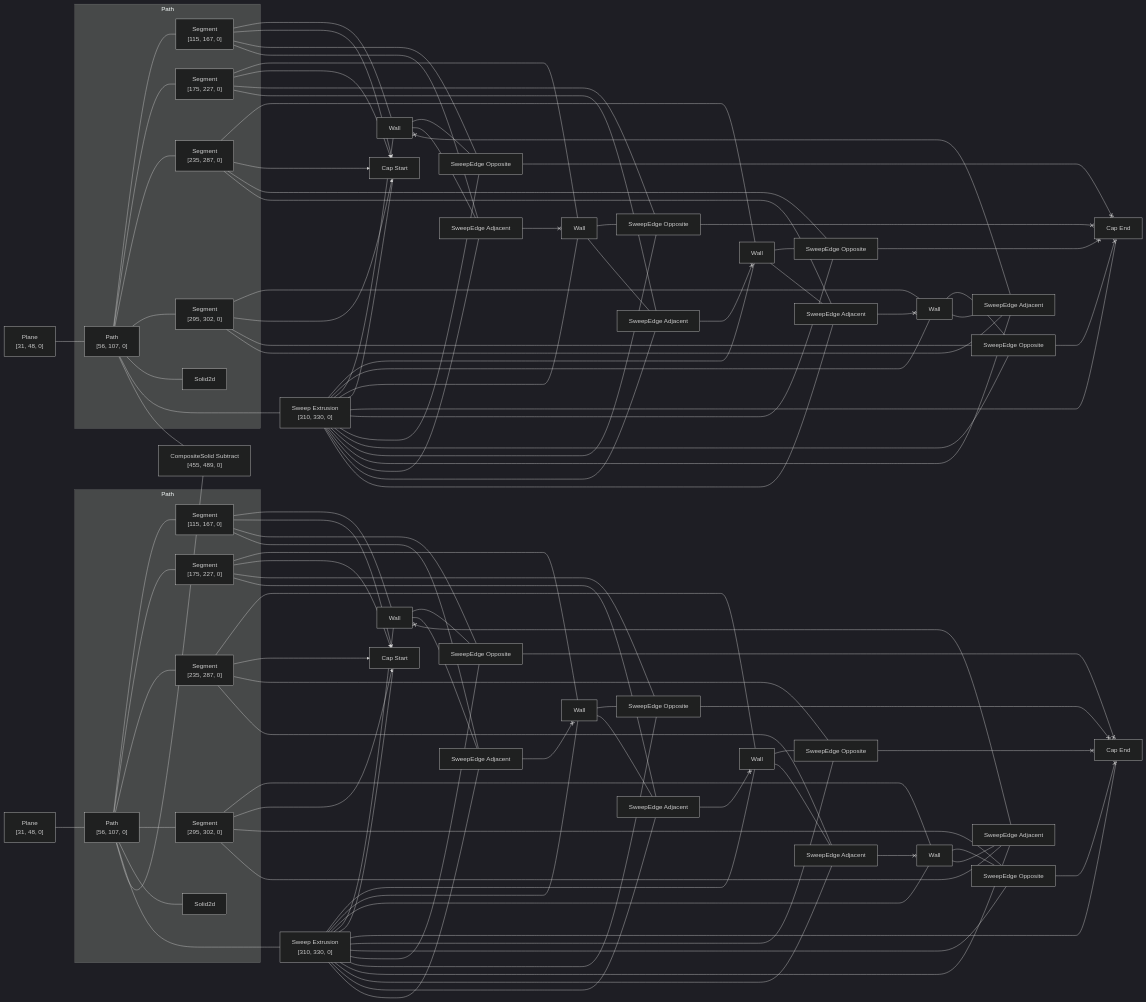
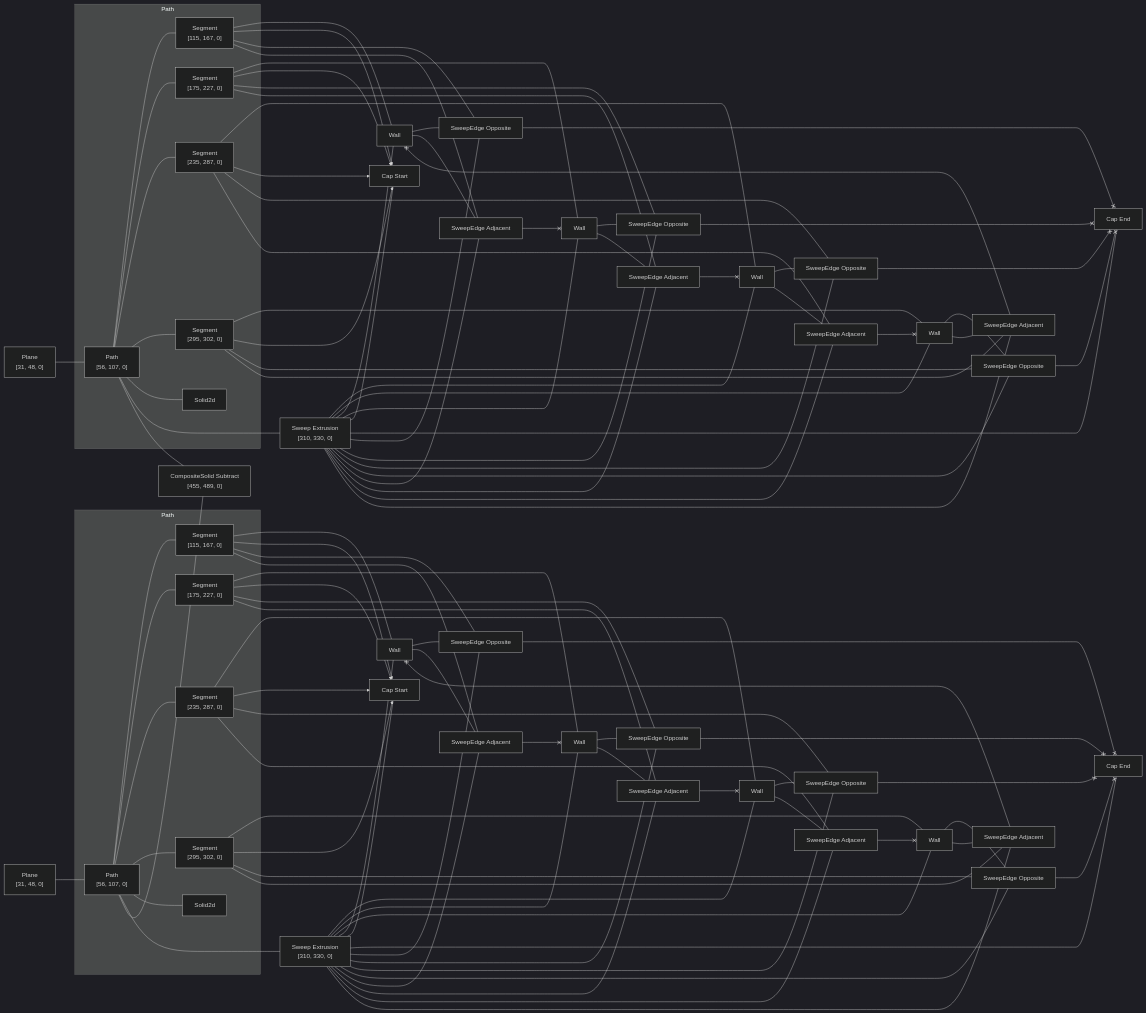
Before and after one commit to rajgandhi1/modeling-app: the diagram in rust/kcl-lib/tests/subtract_doesnt_need_brackets/artifact_graph_flowchart.snap.md, drawn with Mermaid (dark theme). The commit also changed 101 other files, not shown here.

```diff
--- a/rust/kcl-lib/tests/subtract_doesnt_need_brackets/artifact_graph_flowchart.snap.md
+++ b/rust/kcl-lib/tests/subtract_doesnt_need_brackets/artifact_graph_flowchart.snap.md
@@ -67,36 +67,36 @@
   4 --- 17
   5 --- 24
   5 x--> 26
-  5 --- 35
-  5 --- 43
+  5 --- 34
+  5 --- 42
   6 --- 21
   6 x--> 27
-  6 --- 32
-  6 --- 41
+  6 --- 30
+  6 --- 38
   7 --- 19
   7 x--> 27
-  7 --- 33
-  7 --- 40
+  7 --- 31
+  7 --- 39
   8 --- 25
   8 x--> 26
-  8 --- 37
-  8 --- 44
+  8 --- 35
+  8 --- 43
   9 --- 22
   9 x--> 26
-  9 --- 34
-  9 --- 45
+  9 --- 36
+  9 --- 44
   10 --- 18
   10 x--> 27
-  10 --- 30
-  10 --- 39
+  10 --- 32
+  10 --- 40
   11 --- 23
   11 x--> 26
-  11 --- 36
-  11 --- 42
+  11 --- 37
+  11 --- 45
   12 --- 20
   12 x--> 27
-  12 --- 31
-  12 --- 38
+  12 --- 33
+  12 --- 41
   15 --- 18
   15 --- 19
   15 --- 20
@@ -125,30 +125,30 @@
   16 --- 43
   16 --- 44
   16 --- 45
-  18 --- 30
-  18 --- 39
-  40 <--x 18
-  19 --- 33
-  19 --- 40
-  41 <--x 19
-  20 --- 31
-  20 --- 38
-  39 <--x 20
-  21 --- 32
-  38 <--x 21
-  21 --- 41
-  22 --- 34
-  44 <--x 22
-  22 --- 45
-  23 --- 36
-  23 --- 42
-  45 <--x 23
-  24 --- 35
-  42 <--x 24
-  24 --- 43
-  25 --- 37
-  43 <--x 25
-  25 --- 44
+  18 --- 32
+  39 <--x 18
+  18 --- 40
+  19 --- 31
+  38 <--x 19
+  19 --- 39
+  20 --- 33
+  40 <--x 20
+  20 --- 41
+  21 --- 30
+  21 --- 38
+  41 <--x 21
+  22 --- 36
+  43 <--x 22
+  22 --- 44
+  23 --- 37
+  44 <--x 23
+  23 --- 45
+  24 --- 34
+  24 --- 42
+  45 <--x 24
+  25 --- 35
+  42 <--x 25
+  25 --- 43
   34 <--x 28
   35 <--x 28
   36 <--x 28
```
